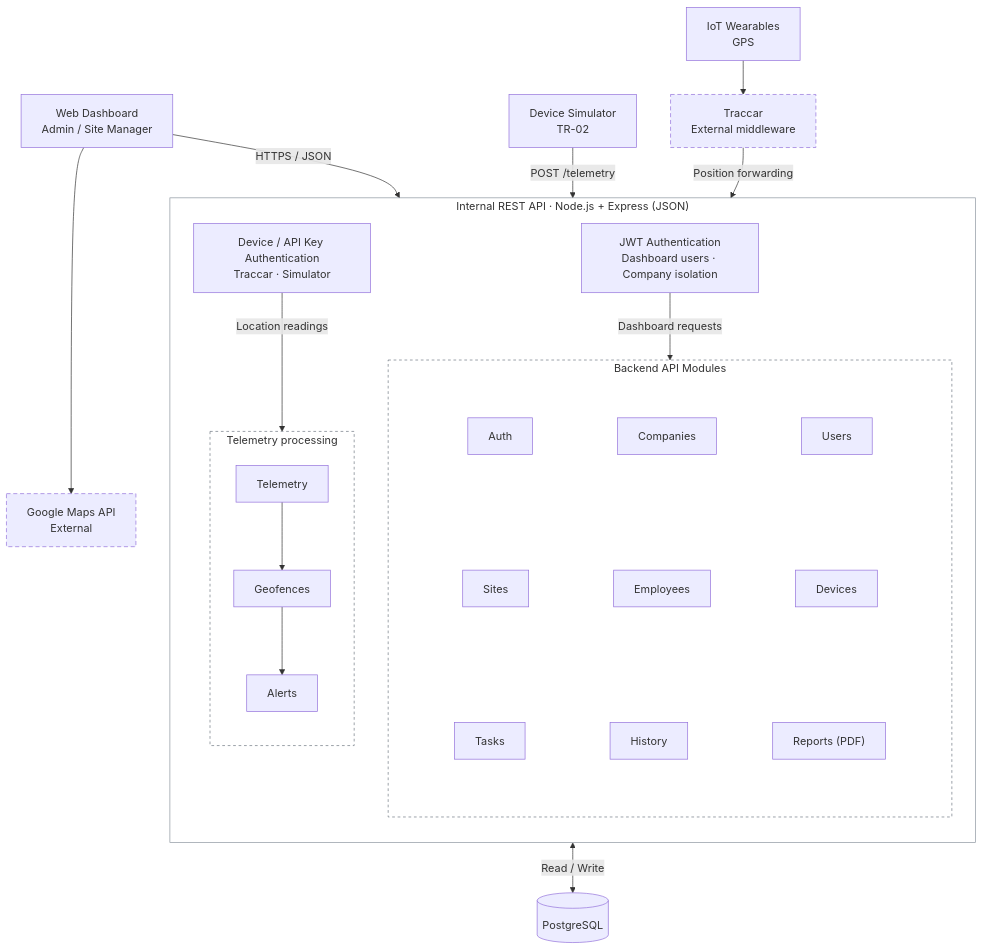
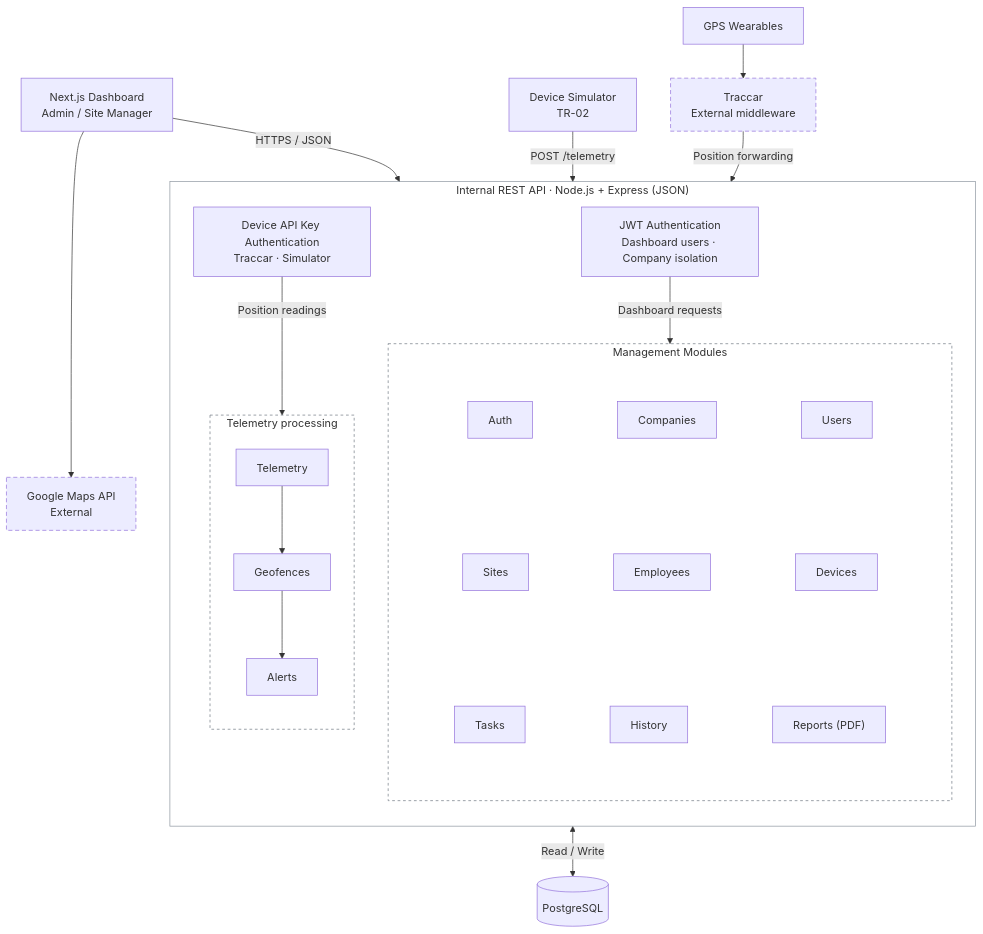
Before and after one commit to JSAbdullaH/Portfolio-Project: the ninth of 9 diagrams in Holberton-Portfolio-Project-Overview/Stage3.md, drawn with Mermaid. The commit also changed other lines of this file, not shown here.

````diff
--- a/Holberton-Portfolio-Project-Overview/Stage3.md
+++ b/Holberton-Portfolio-Project-Overview/Stage3.md
@@ -995,55 +1190,55 @@
 ```mermaid
 flowchart TB
-    WEB["Web Dashboard<br/>Admin / Site Manager"]
-    DEV["IoT Wearables<br/>GPS"]
+    WEB["Next.js Dashboard<br/>Admin / Site Manager"]
+    DEV["GPS Wearables"]
     SIM["Device Simulator<br/>TR-02"]
     GMAPS["Google Maps API<br/>External"]
     TRC["Traccar<br/>External middleware"]
-
+ 
     subgraph API["Internal REST API · Node.js + Express (JSON)"]
         direction TB
         JWT["JWT Authentication<br/>Dashboard users · Company isolation"]
-        KEY["Device / API Key Authentication<br/>Traccar · Simulator"]
-        subgraph MGMT["Backend API Modules"]
+        KEY["Device API Key Authentication<br/>Traccar · Simulator"]
+        subgraph MGMT["Management Modules"]
             direction TB
             subgraph M1[" "]
                 direction LR
                 AUTH["Auth"] ~~~ COMP["Companies"] ~~~ USERS["Users"]
             end
             subgraph M2[" "]
                 direction LR
                 SITES["Sites"] ~~~ EMP["Employees"] ~~~ DEVS["Devices"]
             end
             subgraph M3[" "]
                 direction LR
                 TASKS["Tasks"] ~~~ HIST["History"] ~~~ REP["Reports (PDF)"]
             end
             M1 ~~~ M2 ~~~ M3
         end
         subgraph CORE["Telemetry processing"]
             direction TB
             TEL["Telemetry"] --> GEO["Geofences"] --> ALR["Alerts"]
         end
         JWT -->|"Dashboard requests"| MGMT
-        KEY -->|"Location readings"| CORE
+        KEY -->|"Position readings"| CORE
     end
-
+ 
     DB[("PostgreSQL")]
-
+ 
     WEB --> GMAPS
     WEB -->|"HTTPS / JSON"| JWT
     DEV --> TRC
     TRC -->|"Position forwarding"| KEY
     SIM -->|"POST /telemetry"| KEY
     API <-->|"Read / Write"| DB
-
+ 
     classDef ext stroke-dasharray:6 4
     class GMAPS,TRC ext
-
+ 
     style API fill:transparent,stroke:#8b949e,stroke-width:1px
     style MGMT fill:transparent,stroke:#6e7681,stroke-width:1px,stroke-dasharray:4 4
     style CORE fill:transparent,stroke:#6e7681,stroke-width:1px,stroke-dasharray:4 4
     style M1 fill:transparent,stroke:transparent
     style M2 fill:transparent,stroke:transparent
     style M3 fill:transparent,stroke:transparent
 ```
````
